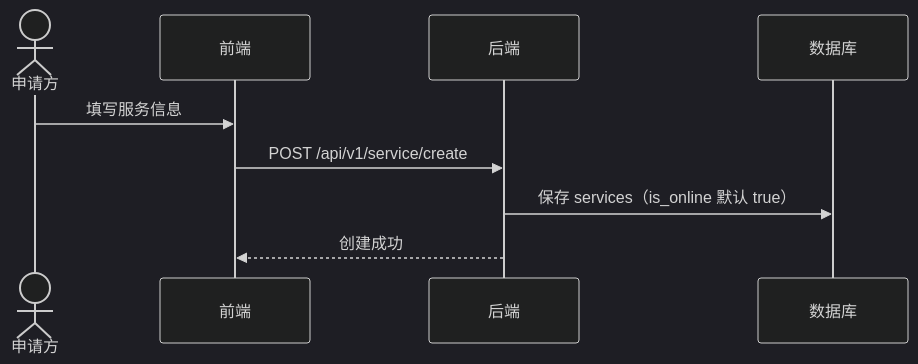
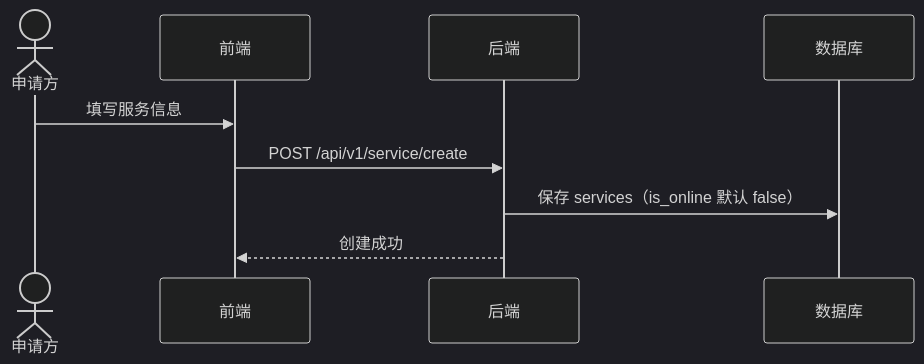
Before and after one commit to yeying-community/node: the third of 10 diagrams in docs/zh/workflows.md, drawn with Mermaid (dark theme). The commit also changed other lines of this file and 85 other files, not shown here.

````diff
--- a/docs/zh/workflows.md
+++ b/docs/zh/workflows.md
@@ -37,12 +38,12 @@
 ```mermaid
 sequenceDiagram
   actor U as 申请方
   participant FE as 前端
   participant BE as 后端
   participant DB as 数据库
 
   U ->> FE: 填写服务信息
   FE ->> BE: POST /api/v1/service/create
-  BE ->> DB: 保存 services（is_online 默认 true）
+  BE ->> DB: 保存 services（is_online 默认 false）
   BE -->> FE: 创建成功
 ```
````
